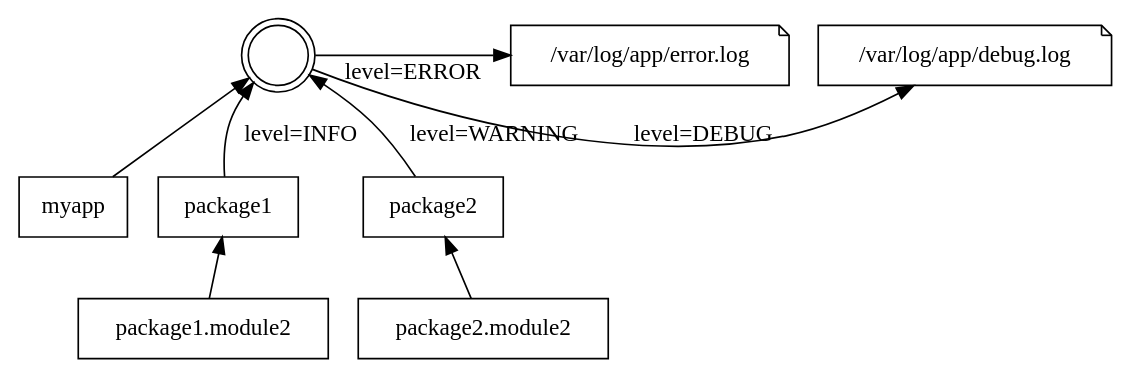
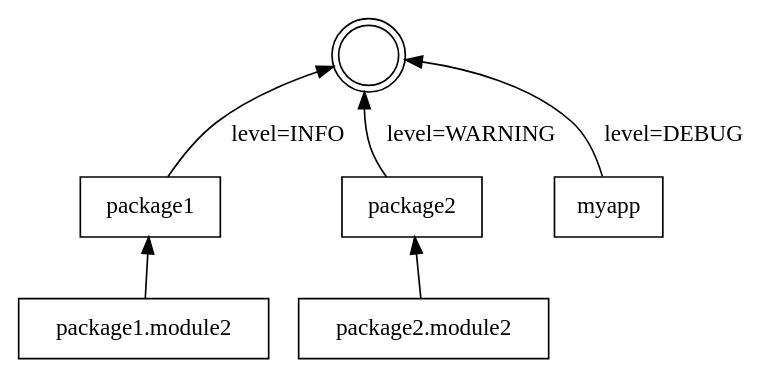
One commit to dhellmann/pymotw-3 changed the diagram in source/logging/logger_tree_multihandler.dot. Above: the diagram before and after it, drawn with Graphviz. The commit also changed 2 other files, not shown here.

Commit message:
logging: clean up figure layouts a bit

```diff
--- a/source/logging/logger_tree_multihandler.dot
+++ b/source/logging/logger_tree_multihandler.dot
@@ -1,23 +1,13 @@
 digraph {
    rankdir = BT;
 
    node [shape = doublecircle];
    "";
 
    node [shape = rect];
-   "myapp" -> "";
    "package1" -> "" [label="level=INFO"];
    "package1.module2" -> "package1";
    "package2" -> "" [label="level=WARNING"];
    "package2.module2" -> "package2";
-
-   node [shape = note];
-   debug [label="/var/log/app/debug.log"];
-   error [label="/var/log/app/error.log"];
-
-   "" -> error [label="level=ERROR"];
-   "" -> debug [label="level=DEBUG"];
-
-   {rank = same; ""; debug; error}
-
+   "myapp" -> "" [label="level=DEBUG"];
 }
```
